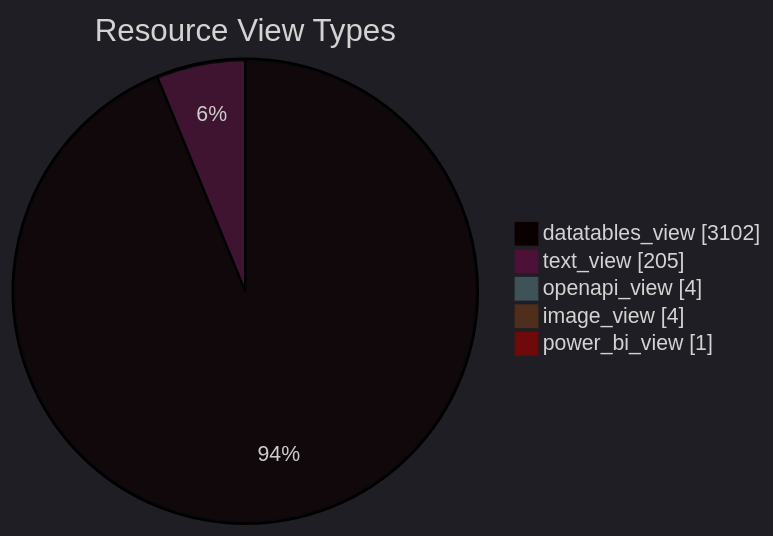
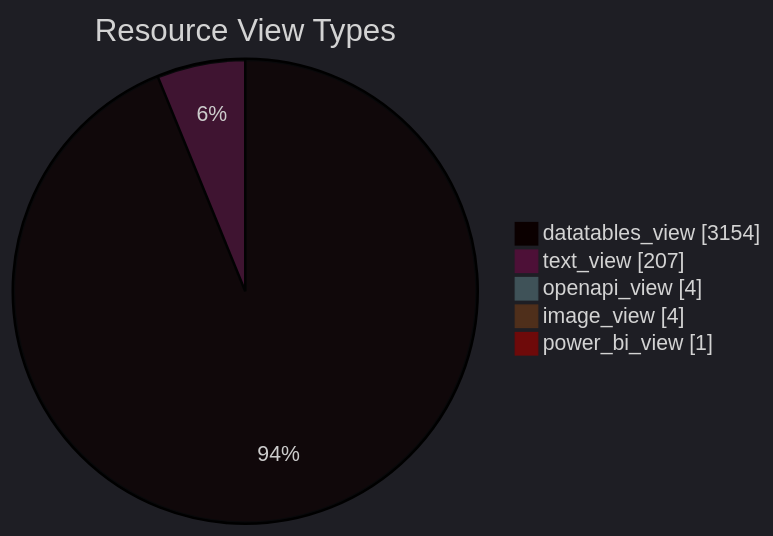
One commit to open-data/analytics-corporate-reporting changed the diagram in datastore_tracker/resource_view_types_pie_chart.md. Above: the diagram before and after it, drawn with Mermaid. The commit also changed 9 other files, not shown here.

````diff
--- a/datastore_tracker/resource_view_types_pie_chart.md
+++ b/datastore_tracker/resource_view_types_pie_chart.md
@@ -2,12 +2,12 @@
 ```mermaid
 ---
 config:
   theme: dark
 ---
 pie showData title Resource View Types
-    "datatables_view": 3102
-    "text_view": 205
+    "datatables_view": 3154
+    "text_view": 207
     "openapi_view": 4
     "image_view": 4
     "power_bi_view": 1
 ```
````
